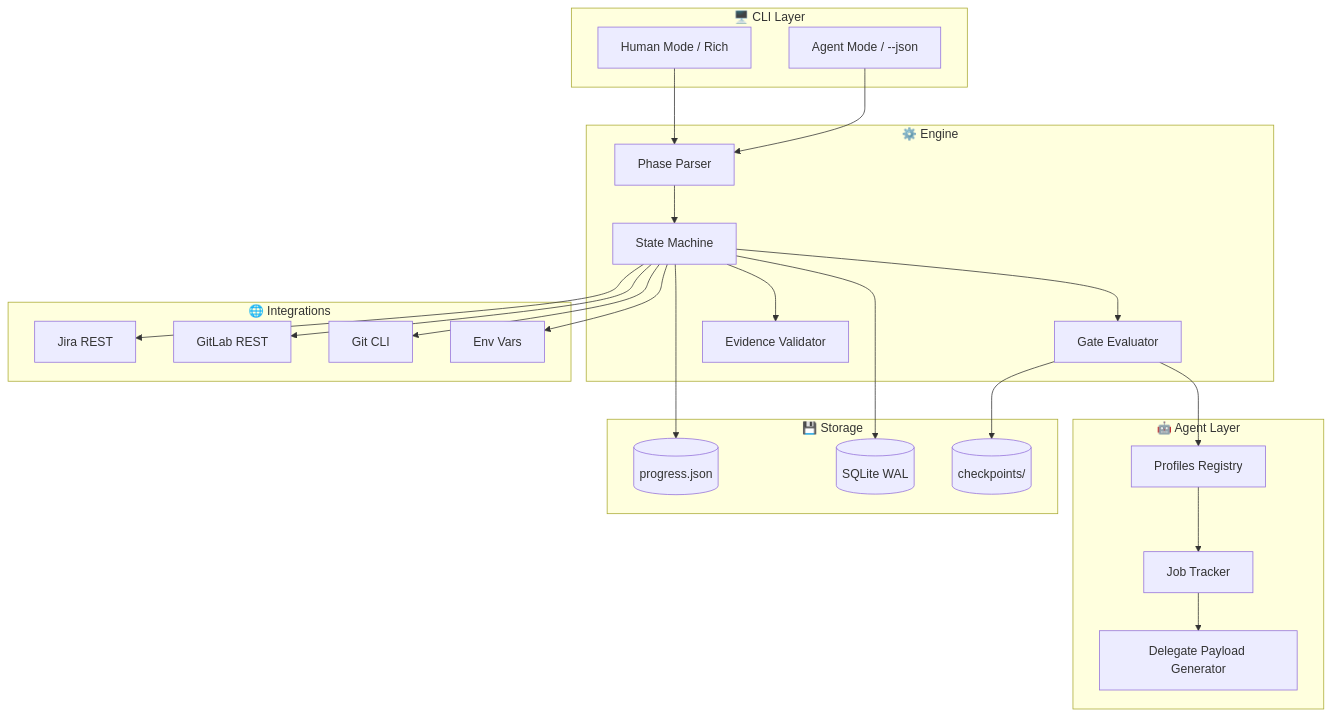
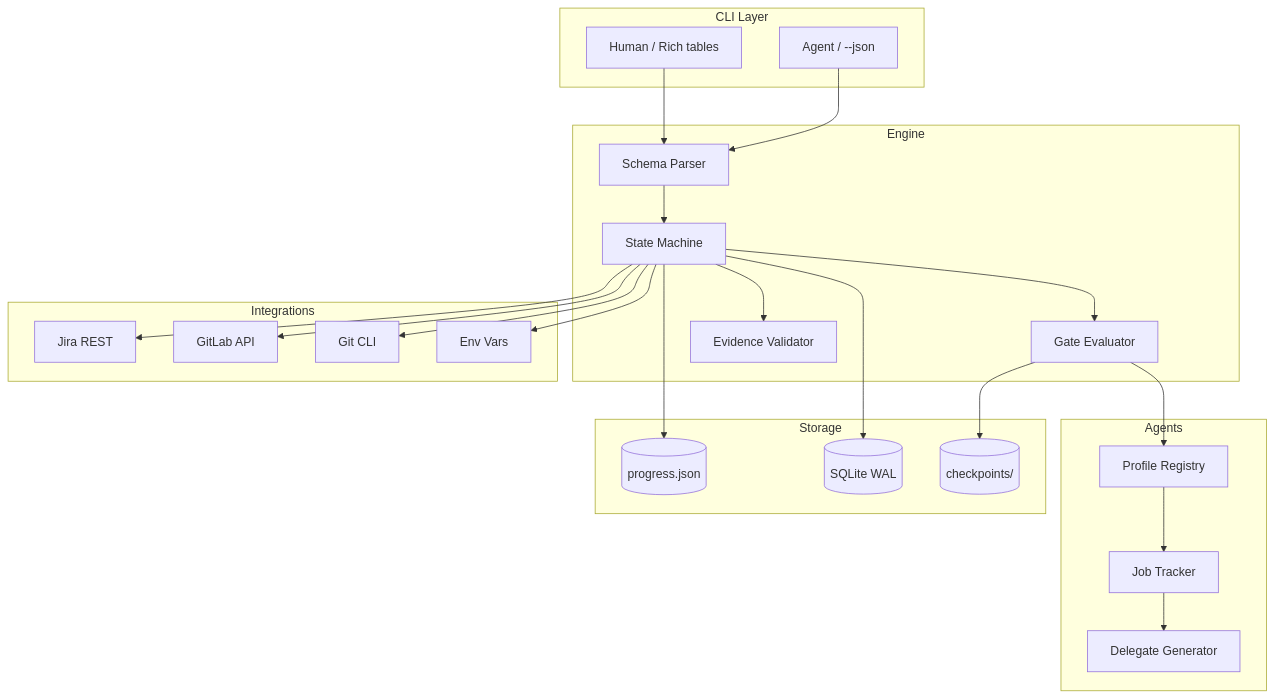
One commit to FerrPOINT/project-workflow changed the second of 2 diagrams in README.md. Above: the diagram before and after it, drawn with Mermaid. The commit also changed other lines of this file, not shown here.

Commit message:
docs: README v3.0 — clean arch, explicit anchors, rm ASCII/mindmap bloat

````diff
--- a/README.md
+++ b/README.md
@@ -342,45 +261,45 @@
 ```mermaid
 flowchart TD
-    subgraph CLI["🖥️ CLI Layer"]
-        A[Human Mode / Rich]
-        B[Agent Mode / --json]
+    subgraph CLI["CLI Layer"]
+        A[Human / Rich tables]
+        B[Agent / --json]
     end
-    subgraph Engine["⚙️ Engine"]
-        C[Phase Parser]
+    subgraph Engine["Engine"]
+        C[Schema Parser]
         D[State Machine]
         E[Gate Evaluator]
         F[Evidence Validator]
     end
-    subgraph Agents["🤖 Agent Layer"]
-        G[Profiles Registry]
+    subgraph Agents["Agents"]
+        G[Profile Registry]
         H[Job Tracker]
-        I[Delegate Payload Generator]
+        I[Delegate Generator]
     end
-    subgraph Storage["💾 Storage"]
+    subgraph Storage["Storage"]
         J[(progress.json)]
         K[(SQLite WAL)]
         L[(checkpoints/)]
     end
-    subgraph External["🌐 Integrations"]
+    subgraph External["Integrations"]
         M[Jira REST]
-        N[GitLab REST]
+        N[GitLab API]
         O[Git CLI]
         P[Env Vars]
     end
 
     A --> C
     B --> C
     C --> D
     D --> E
     D --> F
     E --> G
     G --> H
     H --> I
     D --> J
     D --> K
     E --> L
     D --> M
     D --> N
     D --> O
     D --> P
 ```
````
